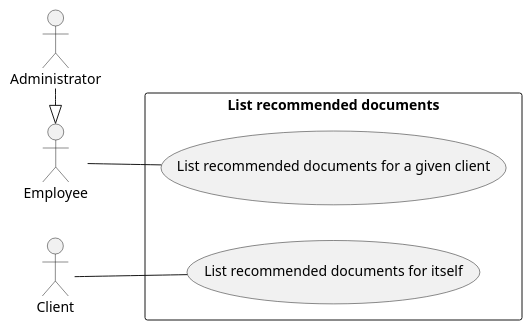
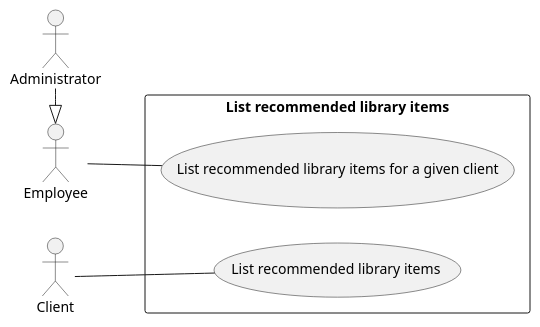
One commit to BrokenSwing/Comixaire changed the diagram in specifications/usecases/recommendations-query/recommendations.puml. Above: the diagram before and after it, drawn with PlantUML. The commit also changed 3 other files, not shown here.

```diff
--- a/specifications/usecases/recommendations-query/recommendations.puml
+++ b/specifications/usecases/recommendations-query/recommendations.puml
@@ -1,19 +1,19 @@
-@startuml Recommendations query
+@startuml Display recommended library items
 
 left to right direction
 
 actor Client as cl
 actor Employee as em
 actor Administrator as ad
 
-rectangle "List recommended documents" {
-  usecase "List recommended documents for itself" as Li
-  usecase "List recommended documents for a given client" as Lc
+rectangle "List recommended library items" {
+  usecase "List recommended library items" as Li
+  usecase "List recommended library items for a given client" as Lc
  
 }
 
 cl -- Li
 em -- Lc
 ad -|> em
 
 @enduml
```
